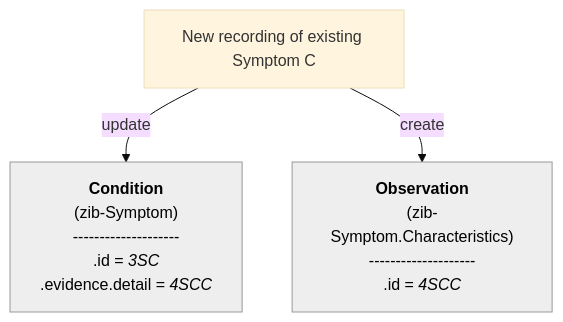
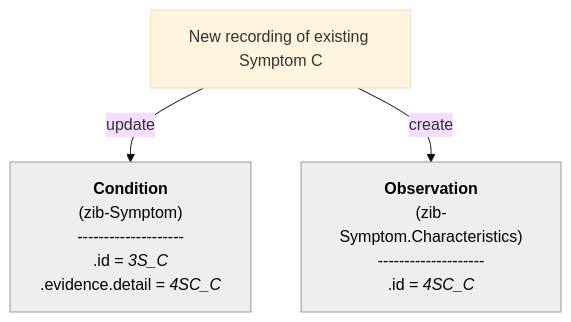
One commit to Nictiz/Nictiz-R4-zib2024 changed the sixth of 16 diagrams in documentation/Condition-Diagnosis-Symptom.md. Above: the diagram before and after it, drawn with Mermaid (base theme). The commit also changed other lines of this file, not shown here.

````diff
--- a/documentation/Condition-Diagnosis-Symptom.md
+++ b/documentation/Condition-Diagnosis-Symptom.md
@@ -227,24 +228,24 @@
 ```mermaid
 flowchart TB
 
 NewSymptom_C["`New recording of existing Symptom C`"]
 
     S_C["`**Condition**
         (zib-Symptom)
         --------------------
-        .id = _3SC_
-        .evidence.detail = _4SCC_`"]
+        .id = _3S_C_
+        .evidence.detail = _4SC_C_`"]
     SC_C["`
         **Observation**
         (zib-Symptom.Characteristics)
         --------------------
-        .id = _4SCC_
+        .id = _4SC_C_
         `"]     
     
     S_C:::Ash
     SC_C:::Ash
     classDef Ash stroke-width:1px, stroke-dasharray:none, stroke:#999999, fill:#EEEEEE, color:#000000
 
 NewSymptom_C -- update --> S_C
 NewSymptom_C -- create --> SC_C
 ```
````
